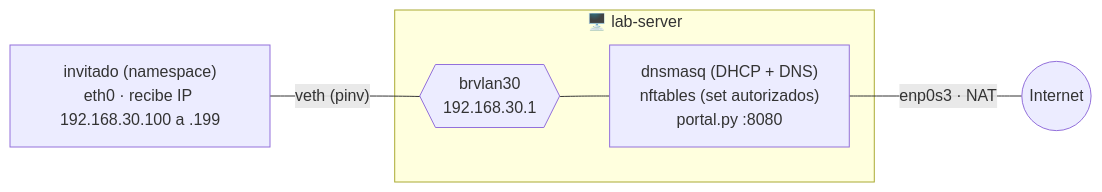
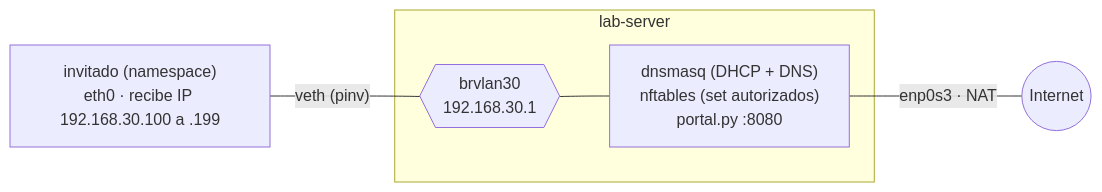
The diagram in 04-tp4-portal-cautivo.md (Ragdoll-Git/TP1aTp7-Guia), drawn with Mermaid before and after one commit. The commit also changed other lines of this file and 9 other files, not shown here.

````diff
--- a/04-tp4-portal-cautivo.md
+++ b/04-tp4-portal-cautivo.md
@@ -17,14 +17,14 @@
 ```mermaid
 flowchart LR
     inv["invitado (namespace)<br>eth0 · recibe IP 192.168.30.100 a .199"]
     internet(("Internet"))
 
-    subgraph ls ["🖥️ lab-server"]
+    subgraph ls ["lab-server"]
         br{{"brvlan30<br>192.168.30.1"}}
         svc["dnsmasq (DHCP + DNS)<br>nftables (set autorizados)<br>portal.py :8080"]
     end
 
     inv ---|"veth (pinv)"| br
     br --- svc
     svc ---|"enp0s3 · NAT"| internet
 ```
````
